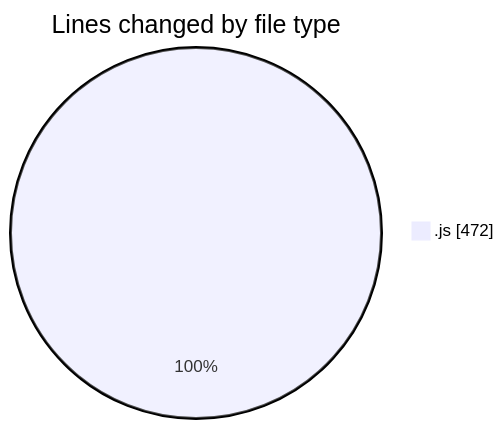
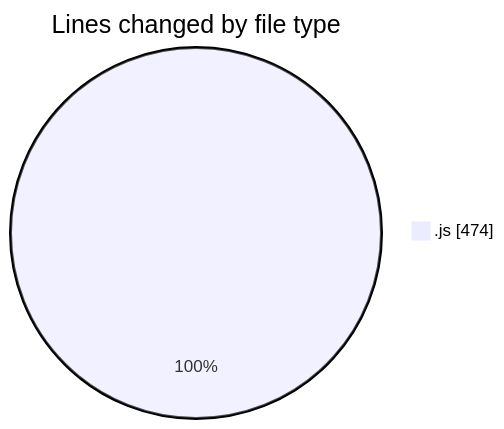
The first of 2 diagrams in 2025-04-03/jsvms/README.md (BS-eng2023/code-tracking), drawn with Mermaid before and after one commit. The commit also changed other lines of this file and 1 other file, not shown here.

````diff
--- a/2025-04-03/jsvms/README.md
+++ b/2025-04-03/jsvms/README.md
@@ -23,5 +23,5 @@
 ```mermaid
 pie showData
 title Lines changed by file type
-".js" : 472
+".js" : 474
 ```
````
